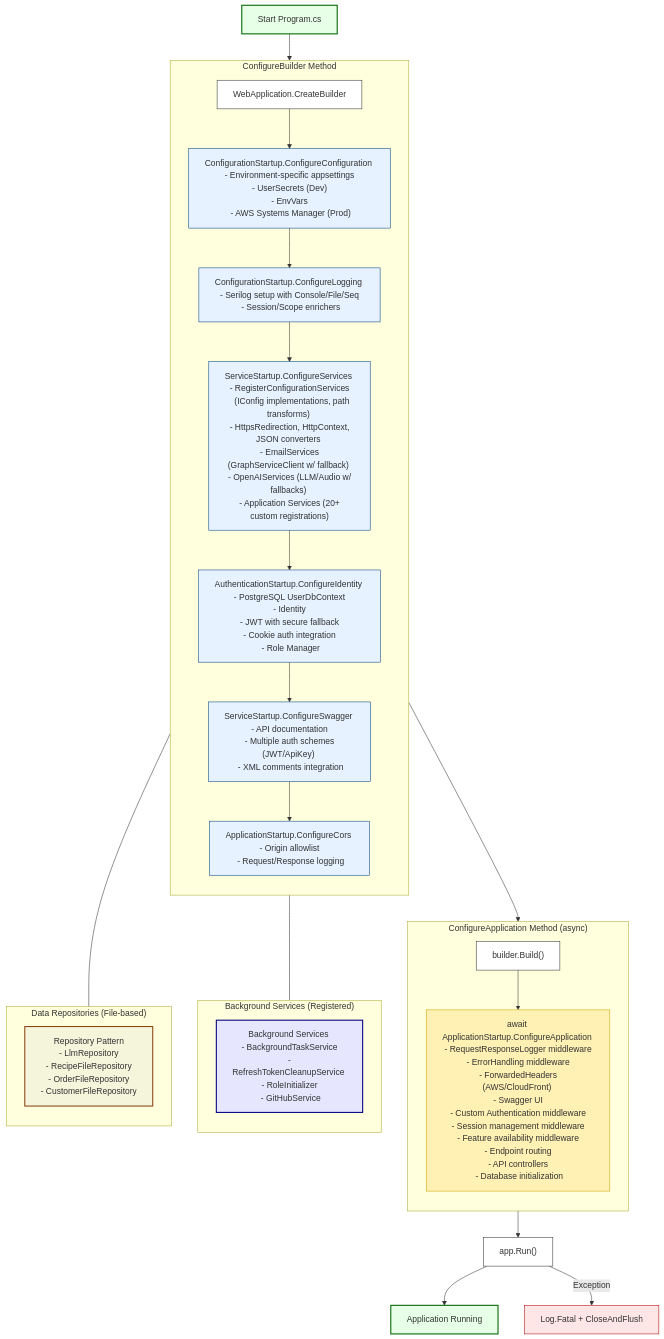
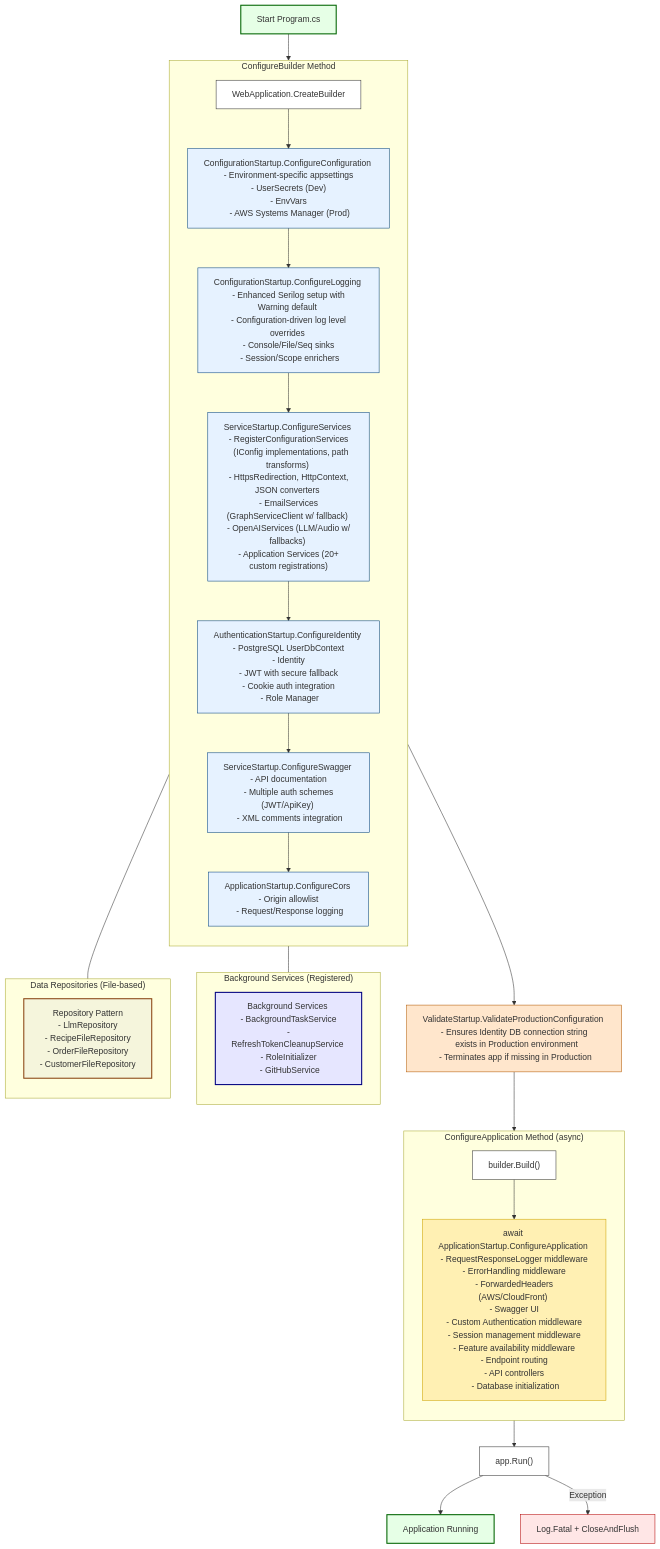
Before and after one commit to Zarichney-Development/zarichney-api: the diagram in api-server/Startup/README.md, drawn with Mermaid. The commit also changed other lines of this file and 287 other files, not shown here.

````diff
--- a/api-server/Startup/README.md
+++ b/api-server/Startup/README.md
@@ -41,64 +42,68 @@
 ```mermaid
 %% Application Startup Flow in Program.cs
 graph TD
     Start[Start Program.cs] --> CreateBuilder[WebApplication.CreateBuilder]
 
     subgraph "ConfigureBuilder Method"
         direction TB
         CreateBuilder --> ConfigureConfig["ConfigurationStartup.ConfigureConfiguration \n - Environment-specific appsettings \n - UserSecrets (Dev) \n - EnvVars \n - AWS Systems Manager (Prod)"]
         
-        ConfigureConfig --> ConfigureLogging["ConfigurationStartup.ConfigureLogging \n - Serilog setup with Console/File/Seq \n - Session/Scope enrichers"]
+        ConfigureConfig --> ConfigureLogging["ConfigurationStartup.ConfigureLogging \n - Enhanced Serilog setup with Warning default \n - Configuration-driven log level overrides \n - Console/File/Seq sinks \n - Session/Scope enrichers"]
         
         ConfigureLogging --> ConfigureServices["ServiceStartup.ConfigureServices \n - RegisterConfigurationServices \n   (IConfig implementations, path transforms) \n - HttpsRedirection, HttpContext, JSON converters \n - EmailServices (GraphServiceClient w/ fallback) \n - OpenAIServices (LLM/Audio w/ fallbacks) \n - Application Services (20+ custom registrations)"]
         
         ConfigureServices --> ConfigureIdentity["AuthenticationStartup.ConfigureIdentity \n - PostgreSQL UserDbContext \n - Identity<ApplicationUser> \n - JWT with secure fallback \n - Cookie auth integration \n - Role Manager"]
         
         ConfigureIdentity --> ConfigureSwagger["ServiceStartup.ConfigureSwagger \n - API documentation \n - Multiple auth schemes (JWT/ApiKey) \n - XML comments integration"]
         
         ConfigureSwagger --> ConfigureCors["ApplicationStartup.ConfigureCors \n - Origin allowlist \n - Request/Response logging"]
     end
 
-    ConfigureCors --> BuildApp["builder.Build()"]
+    ConfigureCors --> ValidateConfig["ValidateStartup.ValidateProductionConfiguration \n - Ensures Identity DB connection string \n   exists in Production environment \n - Terminates app if missing in Production"]
+    
+    ValidateConfig --> BuildApp["builder.Build()"]
 
     subgraph "ConfigureApplication Method (async)"
         direction TB
         BuildApp --> ConfigureApp["await ApplicationStartup.ConfigureApplication \n - RequestResponseLogger middleware \n - ErrorHandling middleware \n - ForwardedHeaders (AWS/CloudFront) \n - Swagger UI \n - Custom Authentication middleware \n - Session management middleware \n - Feature availability middleware \n - Endpoint routing \n - API controllers \n - Database initialization"]
     end
 
     ConfigureApp --> RunApp["app.Run()"]
     RunApp --> End[Application Running]
 
     %% Critical background services
     subgraph "Background Services (Registered)"
         direction TB
         BackgroundSvcs["Background Services \n - BackgroundTaskService \n - RefreshTokenCleanupService \n - RoleInitializer \n - GitHubService"]
     end
     ConfigureServices --- BackgroundSvcs
     
     %% Key data flows
     subgraph "Data Repositories (File-based)"
         direction TB
         Repositories["Repository Pattern \n - LlmRepository \n - RecipeFileRepository \n - OrderFileRepository \n - CustomerFileRepository"]
     end
     ConfigureServices --- Repositories
 
     %% Error handling
     RunApp -- "Exception" --> LogFatal["Log.Fatal + CloseAndFlush"]
 
     %% Styling
     classDef startEnd fill:#e6ffe6,stroke:#006400,stroke-width:2px;
     classDef process fill:#fff,stroke:#333,stroke-width:1px;
     classDef configStep fill:#e6f2ff,stroke:#004080,stroke-width:1px;
     classDef pipelineStep fill:#fff0b3,stroke:#cca300,stroke-width:1px;
     classDef errorStep fill:#ffe6e6,stroke:#b30000,stroke-width:1px;
+    classDef validateStep fill:#ffe6cc,stroke:#b35900,stroke-width:1px;
     classDef repoStep fill:#f5f5dc,stroke:#8b4513,stroke-width:2px;
     classDef serviceBg fill:#e6e6ff,stroke:#000080,stroke-width:2px;
 
     class Start,End startEnd;
     class CreateBuilder,BuildApp,RunApp process;
     class ConfigureConfig,ConfigureLogging,ConfigureServices,ConfigureIdentity,ConfigureSwagger,ConfigureCors configStep;
+    class ValidateConfig validateStep;
     class ConfigureApp pipelineStep;
     class LogFatal errorStep;
     class BackgroundSvcs serviceBg;
     class Repositories repoStep;
 ```
````
